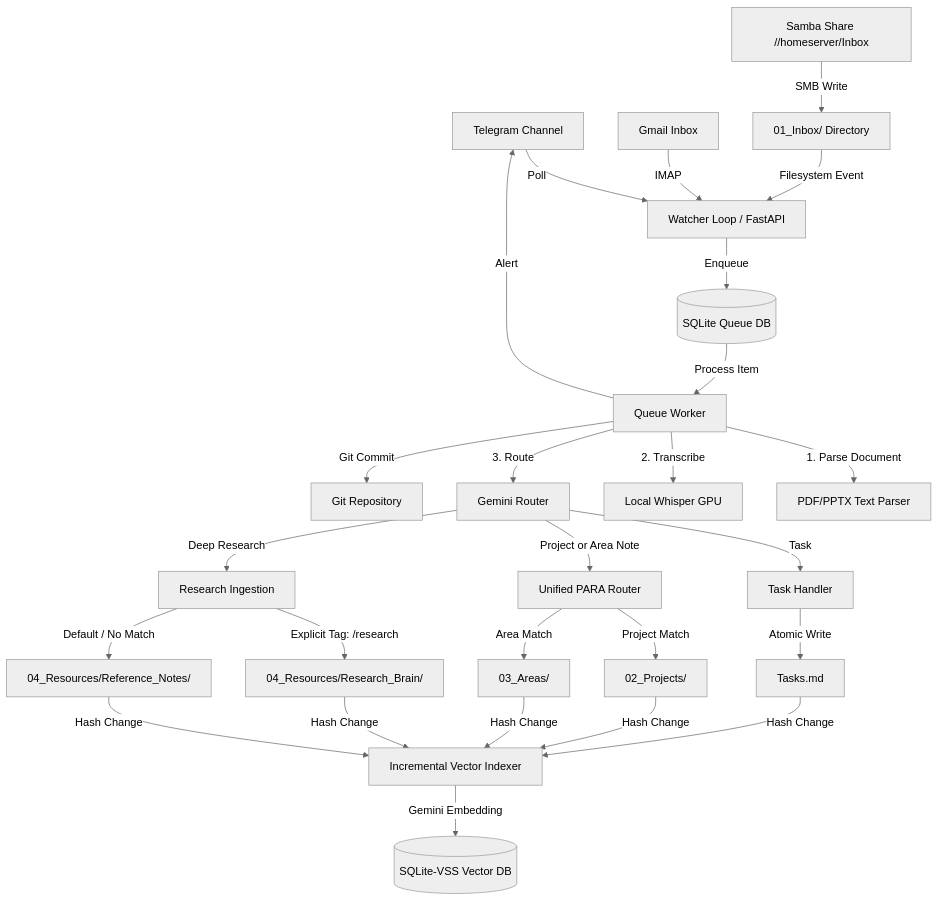
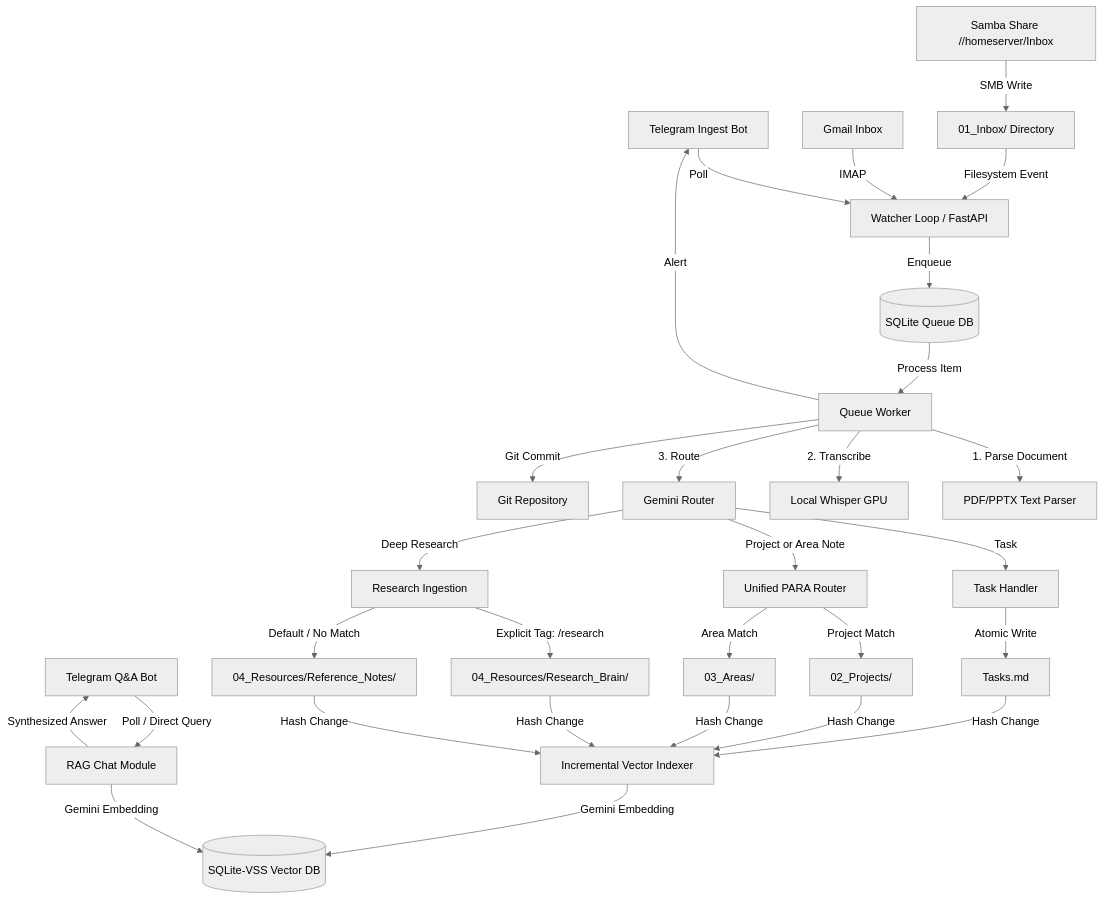
The first of 2 diagrams in docs/technical_implementation.md (sdmeers/second_brain), drawn with Mermaid (neutral theme) before and after one commit. The commit also changed other lines of this file and 3 other files, not shown here.

Commit message:
Update docs to document the dual Ingest and Q&A Telegram bots configuration

````diff
--- a/docs/technical_implementation.md
+++ b/docs/technical_implementation.md
@@ -11,35 +11,42 @@
 ```mermaid
 graph TD
     %% Inputs
-    Telegram[Telegram Channel] -->|Poll| Watcher
+    Telegram[Telegram Ingest Bot] -->|Poll| Watcher
     Gmail[Gmail Inbox] -->|IMAP| Watcher
     Folder[01_Inbox/ Directory] -->|Filesystem Event| Watcher
     Samba[Samba Share //homeserver/Inbox] -->|SMB Write| Folder
+    
+    %% Q&A Bot
+    TelegramQA[Telegram Q&A Bot] -->|Poll / Direct Query| RAGMod[RAG Chat Module]
 
     %% Core
     Watcher[Watcher Loop / FastAPI] -->|Enqueue| Queue[(SQLite Queue DB)]
     Queue -->|Process Item| Worker[Queue Worker]
     Worker -->|1. Parse Document| Parser[PDF/PPTX Text Parser]
     Worker -->|2. Transcribe| Transcriber[Local Whisper GPU]
     Worker -->|3. Route| Router[Gemini Router]
     
     %% Handlers
     Router -->|Task| TaskHandler[Task Handler]
     Router -->|Project or Area Note| PARAHandler[Unified PARA Router]
     Router -->|Deep Research| ResearchHandler[Research Ingestion]
     
     %% Destinations
     TaskHandler -->|Atomic Write| TasksFile[Tasks.md]
     PARAHandler -->|Project Match| ProjFolder[02_Projects/]
     PARAHandler -->|Area Match| AreaFolder[03_Areas/]
     ResearchHandler -->|Explicit Tag: /research| Research[04_Resources/Research_Brain/]
     ResearchHandler -->|Default / No Match| Reference[04_Resources/Reference_Notes/]
     
     %% Indexing
     TasksFile & ProjFolder & AreaFolder & Research & Reference -->|Hash Change| Indexer[Incremental Vector Indexer]
     Indexer -->|Gemini Embedding| VectorDB[(SQLite-VSS Vector DB)]
     
+    %% Query Flow
+    RAGMod -->|Gemini Embedding| VectorDB
+    RAGMod -->|Synthesized Answer| TelegramQA
+    
     %% Commits & Alerts
     Worker -->|Git Commit| Git[Git Repository]
     Worker -->|Alert| Telegram
 ```
````
